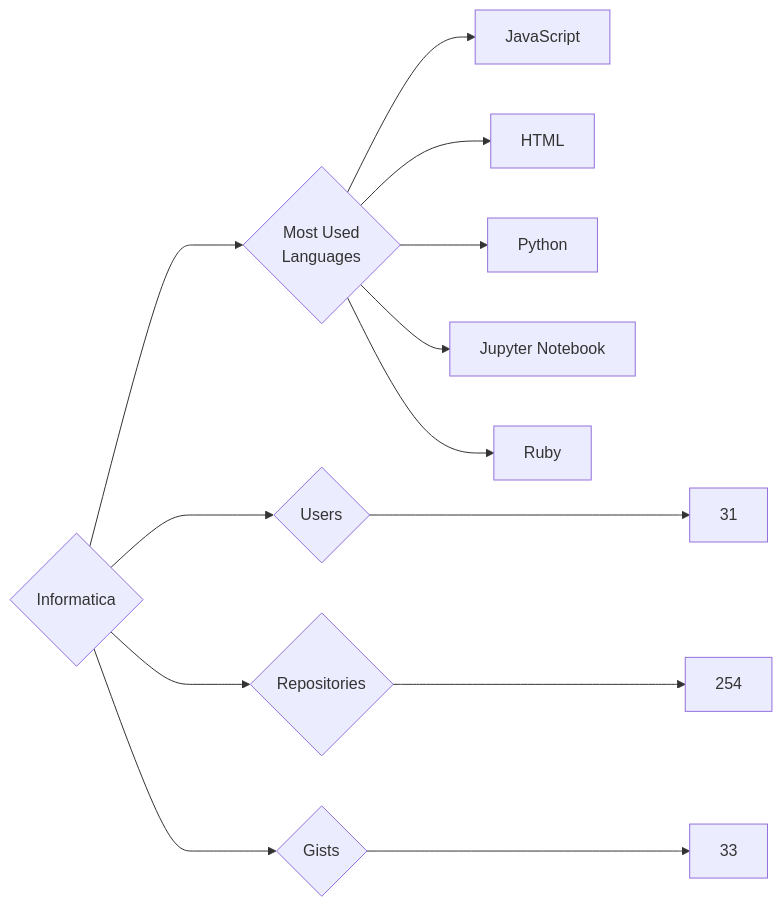
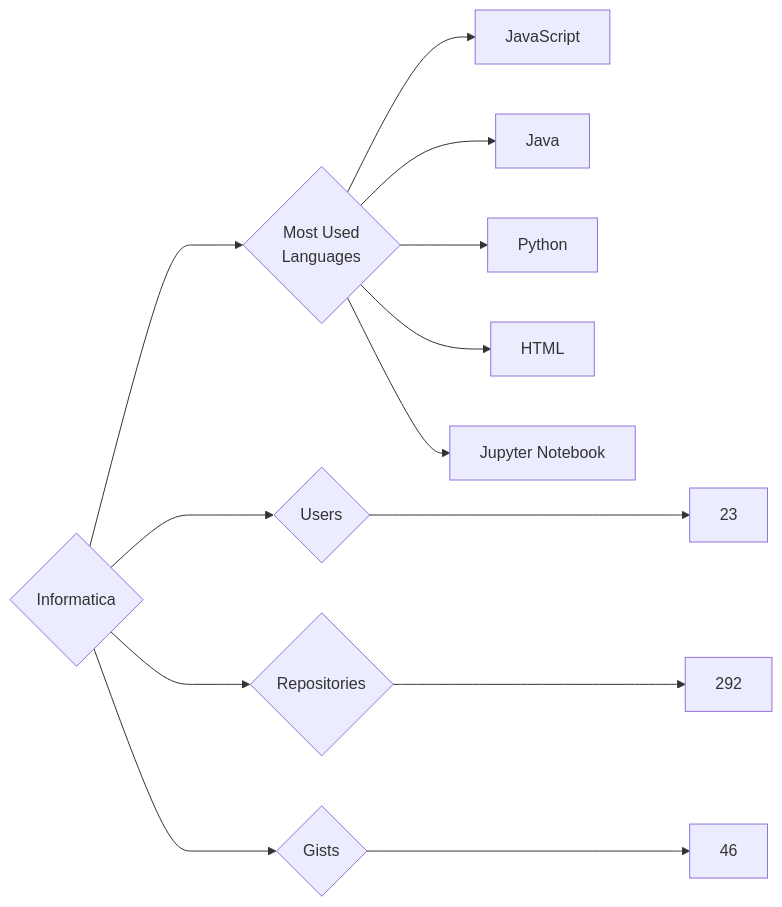
Before and after one commit to trickest/insiders: the diagram in targets/Informatica/README.md, drawn with Mermaid. The commit also changed 699 other files, not shown here.

````diff
--- a/targets/Informatica/README.md
+++ b/targets/Informatica/README.md
@@ -3,13 +3,13 @@
 ```mermaid
 graph LR
 COMPANY_NAME{Informatica}
-COMPANY_NAME ---> U{Users} ---> UN[31]
-COMPANY_NAME ---> R{Repositories} ---> RN[254]
-COMPANY_NAME ---> G{Gists} ---> GN[33]
+COMPANY_NAME ---> U{Users} ---> UN[23]
+COMPANY_NAME ---> R{Repositories} ---> RN[292]
+COMPANY_NAME ---> G{Gists} ---> GN[46]
 COMPANY_NAME ---> ML{Most Used<br>Languages}
 ML --> JavaScript[JavaScript]
+ML --> Java[Java]
+ML --> Python[Python]
 ML --> HTML[HTML]
-ML --> Python[Python]
 ML --> Jupyter_Notebook[Jupyter Notebook]
-ML --> Ruby[Ruby]
 ```
````
